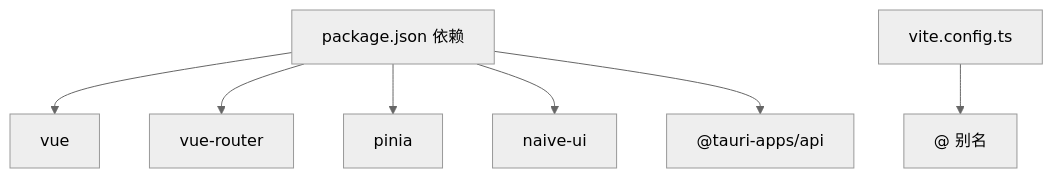
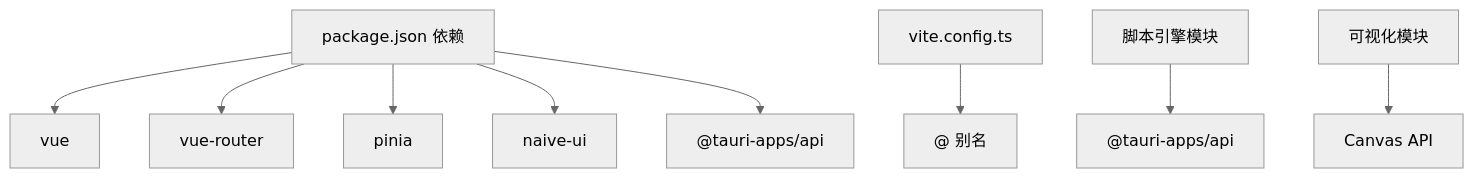
Before and after one commit to elabdlut/KonSerial: the ninth of 9 diagrams in .qoder/repowiki/zh/content/架构设计/前端架构设计/前端架构设计.md, drawn with Mermaid (neutral theme). The commit also changed other lines of this file and 20 other files, not shown here.

````diff
--- a/.qoder/repowiki/zh/content/架构设计/前端架构设计/前端架构设计.md
+++ b/.qoder/repowiki/zh/content/架构设计/前端架构设计/前端架构设计.md
@@ -383,9 +567,11 @@
 ```mermaid
 graph TB
 Pkg["package.json 依赖"] --> Vue["vue"]
 Pkg --> Router["vue-router"]
 Pkg --> Pinia["pinia"]
 Pkg --> Naive["naive-ui"]
 Pkg --> Tauri["@tauri-apps/api"]
 ViteCfg["vite.config.ts"] --> Alias["@ 别名"]
+ScriptMod["脚本引擎模块"] --> TauriAPI["@tauri-apps/api"]
+VisMod["可视化模块"] --> Canvas["Canvas API"]
 ```
````
